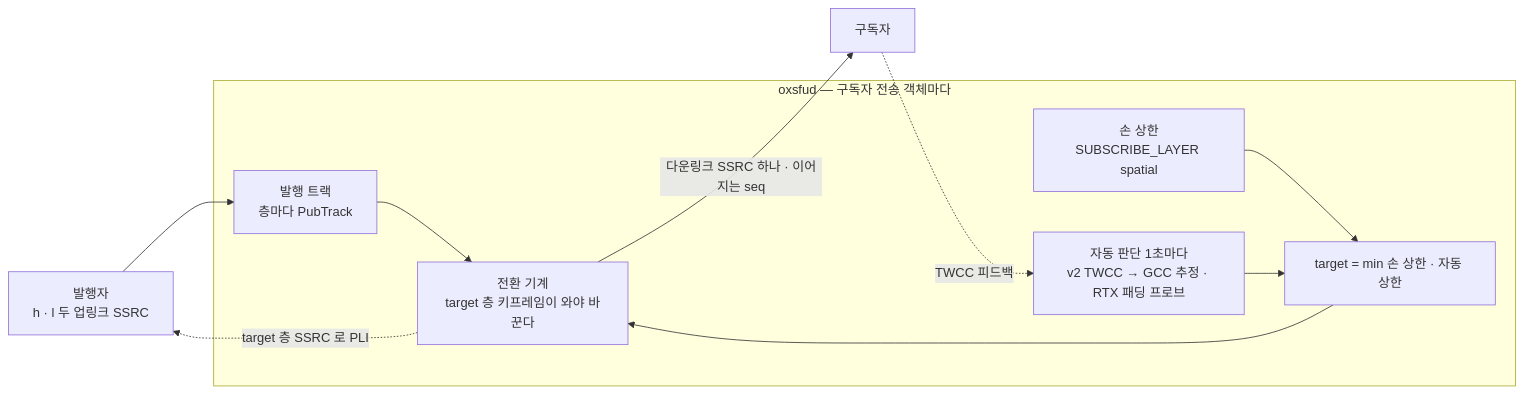
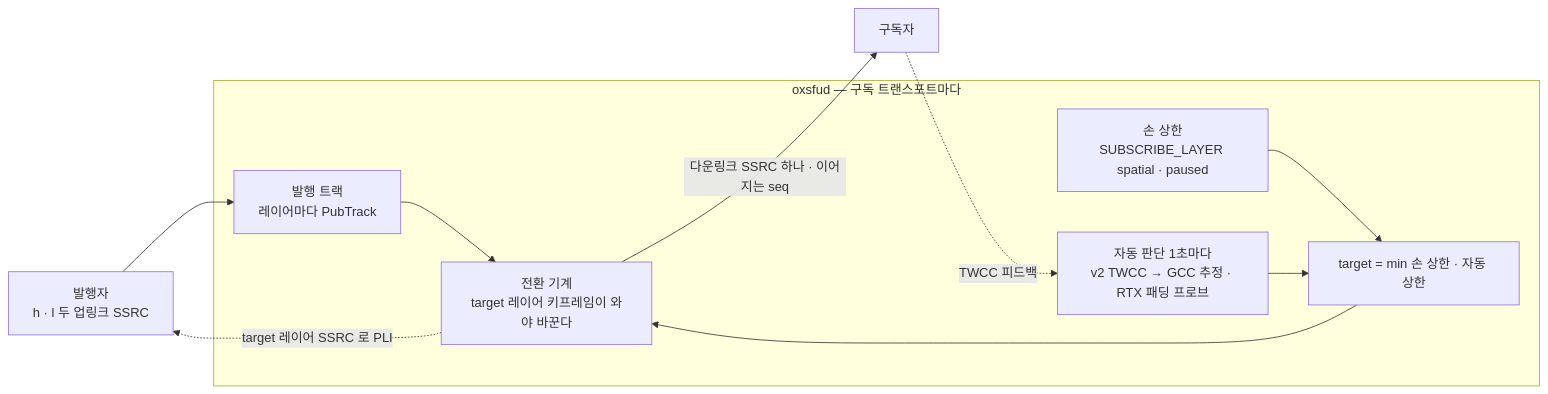
One commit to kodeholic9/oxlens-sfu changed the first of 3 diagrams in docs/learn/05_SIMULCAST_BWE.md. Above: the diagram before and after it, drawn with Mermaid. The commit also changed other lines of this file and 19 other files, not shown here.

````diff
--- a/docs/learn/05_SIMULCAST_BWE.md
+++ b/docs/learn/05_SIMULCAST_BWE.md
@@ -11,13 +14,13 @@
 ```mermaid
 flowchart LR
-  PUB["발행자<br/>h · l 두 업링크 SSRC"] --> UP["발행 트랙<br/>층마다 PubTrack"]
-  subgraph SFU["oxsfud — 구독자 전송 객체마다"]
-    MAN["손 상한<br/>SUBSCRIBE_LAYER spatial"] --> MIN["target = min 손 상한 · 자동 상한"]
+  PUB["발행자<br/>h · l 두 업링크 SSRC"] --> UP["발행 트랙<br/>레이어마다 PubTrack"]
+  subgraph SFU["oxsfud — 구독 트랜스포트마다"]
+    MAN["손 상한<br/>SUBSCRIBE_LAYER spatial · paused"] --> MIN["target = min 손 상한 · 자동 상한"]
     AUTO["자동 판단 1초마다<br/>v2 TWCC → GCC 추정 · RTX 패딩 프로브"] --> MIN
-    MIN --> SW["전환 기계<br/>target 층 키프레임이 와야 바꾼다"]
+    MIN --> SW["전환 기계<br/>target 레이어 키프레임이 와야 바꾼다"]
     UP --> SW
   end
   SW -- "다운링크 SSRC 하나 · 이어지는 seq" --> SUB["구독자"]
   SUB -. "TWCC 피드백" .-> AUTO
-  SW -. "target 층 SSRC 로 PLI" .-> PUB
+  SW -. "target 레이어 SSRC 로 PLI" .-> PUB
 ```
````
